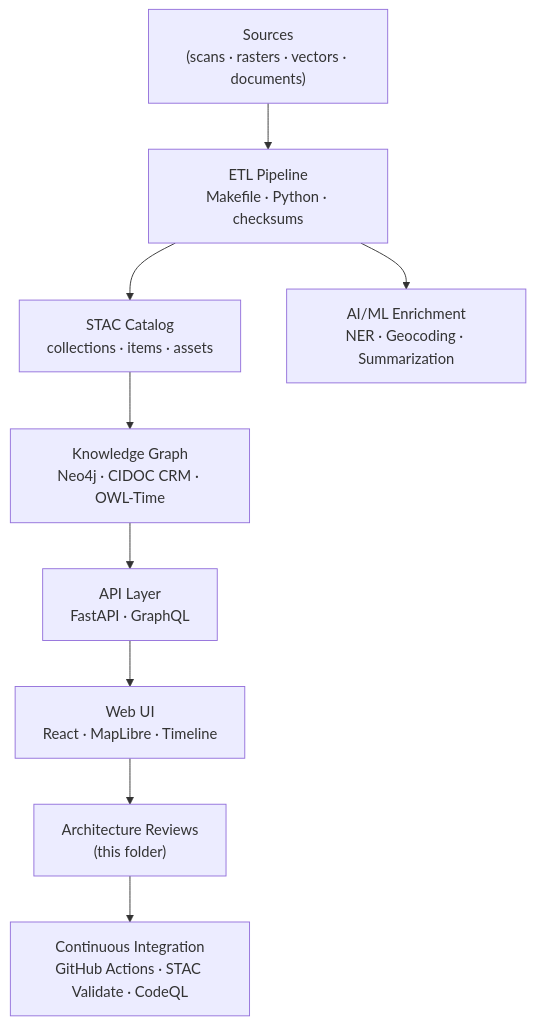
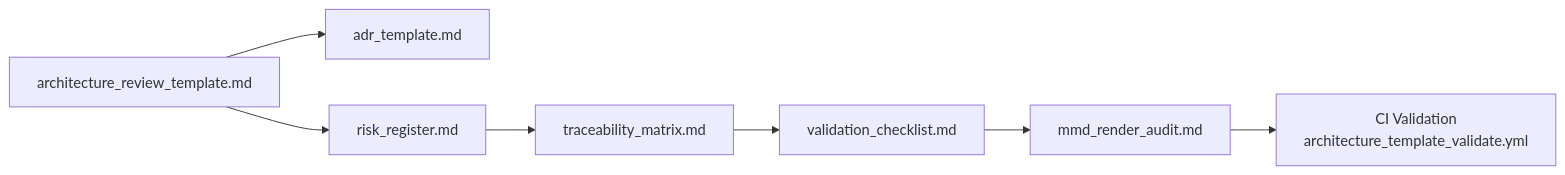
One commit to bartytime4life/Kansas-Frontier-Matrix changed the diagram in docs/design/reviews/architecture/templates/README.md. Above: the diagram before and after it, drawn with Mermaid. The commit also changed other lines of this file, not shown here.

````diff
--- a/docs/design/reviews/architecture/templates/README.md
+++ b/docs/design/reviews/architecture/templates/README.md
@@ -128,11 +123,9 @@
 ```mermaid
-flowchart TD
-  A["Sources\n(scans · rasters · vectors · documents)"] --> B["ETL Pipeline\nMakefile · Python · checksums"]
-  B --> C["STAC Catalog\ncollections · items · assets"]
-  B --> D["AI/ML Enrichment\nNER · Geocoding · Summarization"]
-  C --> E["Knowledge Graph\nNeo4j · CIDOC CRM · OWL-Time"]
-  E --> F["API Layer\nFastAPI · GraphQL"]
-  F --> G["Web UI\nReact · MapLibre · Timeline"]
-  G --> H["Architecture Reviews\n(this folder)"]
-  H --> I["Continuous Integration\nGitHub Actions · STAC Validate · CodeQL"]
+flowchart LR
+  A["architecture_review_template.md"] --> B["adr_template.md"]
+  A --> C["risk_register.md"]
+  C --> D["traceability_matrix.md"]
+  D --> E["validation_checklist.md"]
+  E --> F["mmd_render_audit.md"]
+  F --> G["CI Validation\narchitecture_template_validate.yml"]
 ```
````
